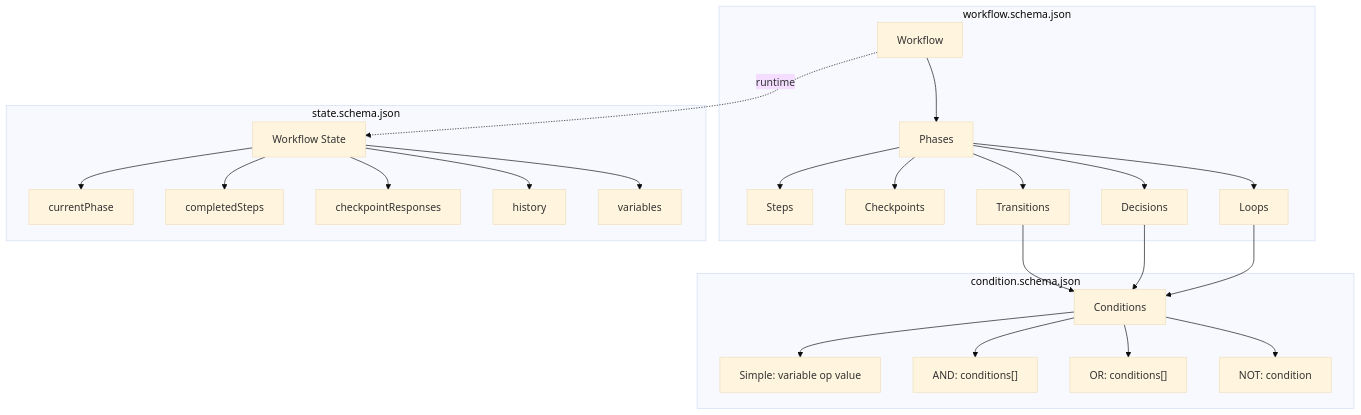
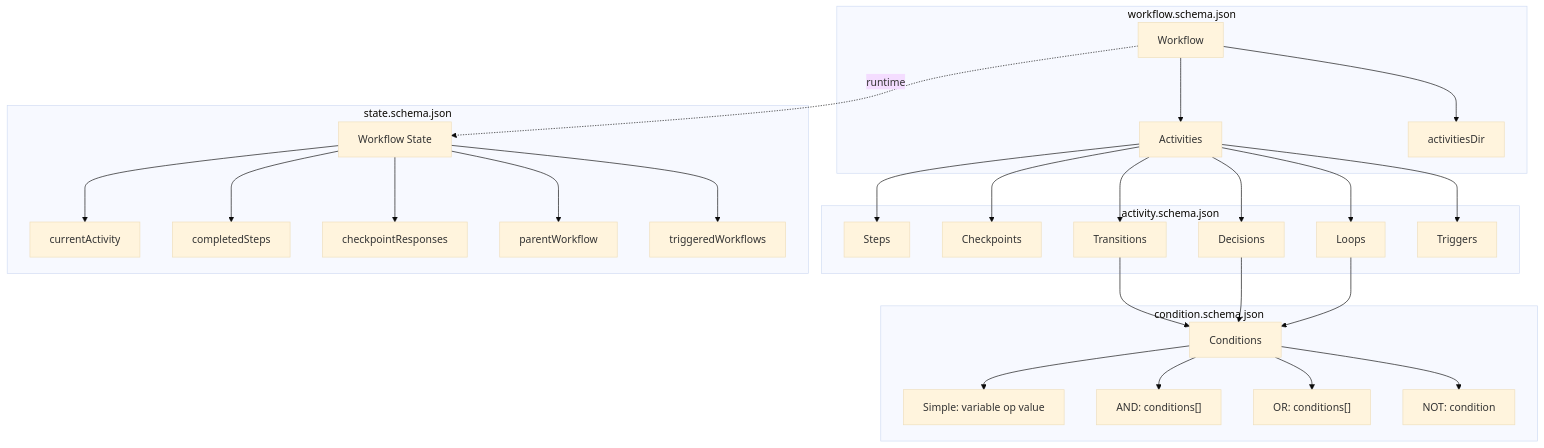
The second of 3 diagrams in schemas/README.md (m2ux/workflow-server), drawn with Mermaid (base theme) before and after one commit. The commit also changed other lines of this file and 8 other files, not shown here.

First line of the commit message:
docs: update documentation and schemas for activity terminology

````diff
--- a/schemas/README.md
+++ b/schemas/README.md
@@ -65,30 +66,35 @@
 ```mermaid
 flowchart TB
     subgraph Workflow["workflow.schema.json"]
-        W[Workflow] --> P[Phases]
-        P --> S[Steps]
-        P --> C[Checkpoints]
-        P --> D[Decisions]
-        P --> L[Loops]
-        P --> T[Transitions]
+        W[Workflow] --> A[Activities]
+        W --> AD[activitiesDir]
+    end
+    
+    subgraph Activity["activity.schema.json"]
+        A --> S[Steps]
+        A --> C[Checkpoints]
+        A --> D[Decisions]
+        A --> L[Loops]
+        A --> T[Transitions]
+        A --> TR[Triggers]
     end
     
     subgraph Condition["condition.schema.json"]
         T --> COND[Conditions]
         D --> COND
         L --> COND
         COND --> Simple["Simple: variable op value"]
         COND --> And["AND: conditions[]"]
         COND --> Or["OR: conditions[]"]
         COND --> Not["NOT: condition"]
     end
     
     subgraph State["state.schema.json"]
         W -.->|"runtime"| ST[Workflow State]
-        ST --> CP[currentPhase]
+        ST --> CA[currentActivity]
         ST --> CS[completedSteps]
         ST --> CR[checkpointResponses]
-        ST --> H[history]
-        ST --> V[variables]
+        ST --> PW[parentWorkflow]
+        ST --> TW[triggeredWorkflows]
     end
 ```
````
